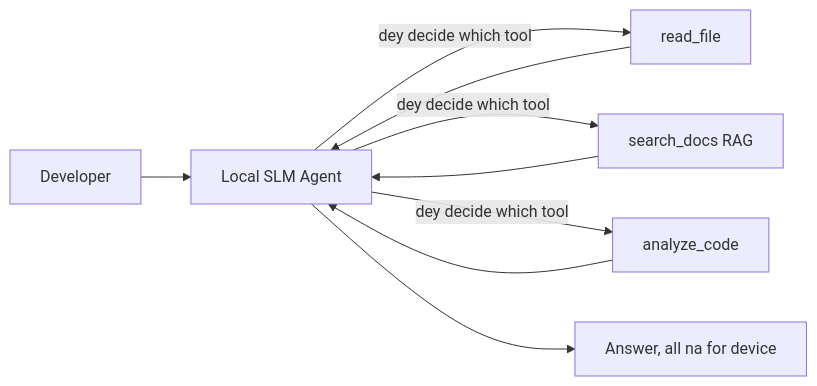
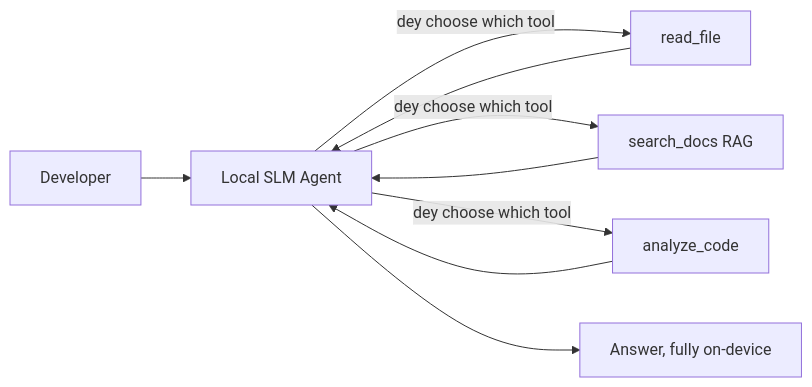
The first of 4 diagrams in mirrors/repos/microsoft@ai-agents-for-beginners/translations/pcm/17-creating-local-ai-agents/README.md (gabrielmoreira/agent-skills-mirror), drawn with Mermaid before and after one commit. The commit also changed other lines of this file and 4262 other files, not shown here.

````diff
--- a/mirrors/repos/microsoft@ai-agents-for-beginners/translations/pcm/17-creating-local-ai-agents/README.md
+++ b/mirrors/repos/microsoft@ai-agents-for-beginners/translations/pcm/17-creating-local-ai-agents/README.md
@@ -66,11 +66,11 @@
 ```mermaid
 flowchart LR
     U[Developer] --> A[Local SLM Agent]
-    A -->|dey decide which tool| T1[read_file]
-    A -->|dey decide which tool| T2[search_docs RAG]
-    A -->|dey decide which tool| T3[analyze_code]
+    A -->|dey choose which tool| T1[read_file]
+    A -->|dey choose which tool| T2[search_docs RAG]
+    A -->|dey choose which tool| T3[analyze_code]
     T1 --> A
     T2 --> A
     T3 --> A
-    A --> R[Answer, all na for device]
+    A --> R[Answer, fully on-device]
 ```
````
